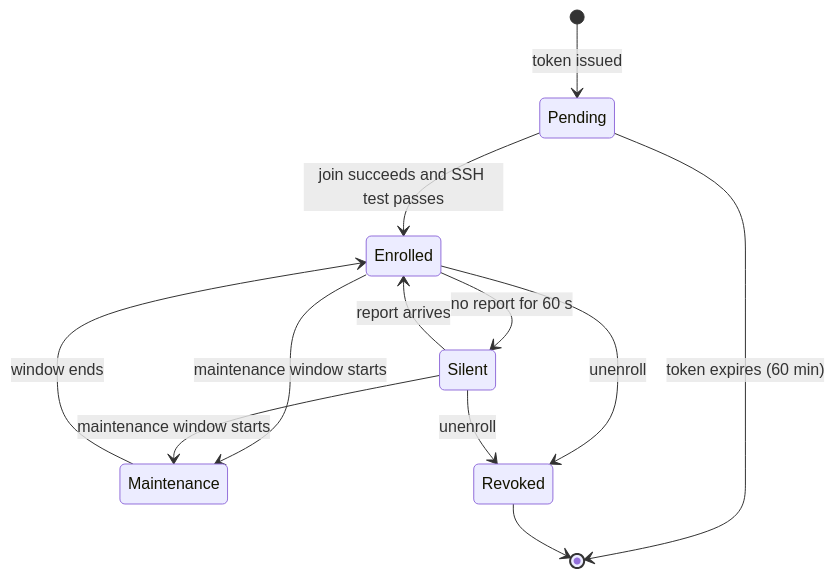
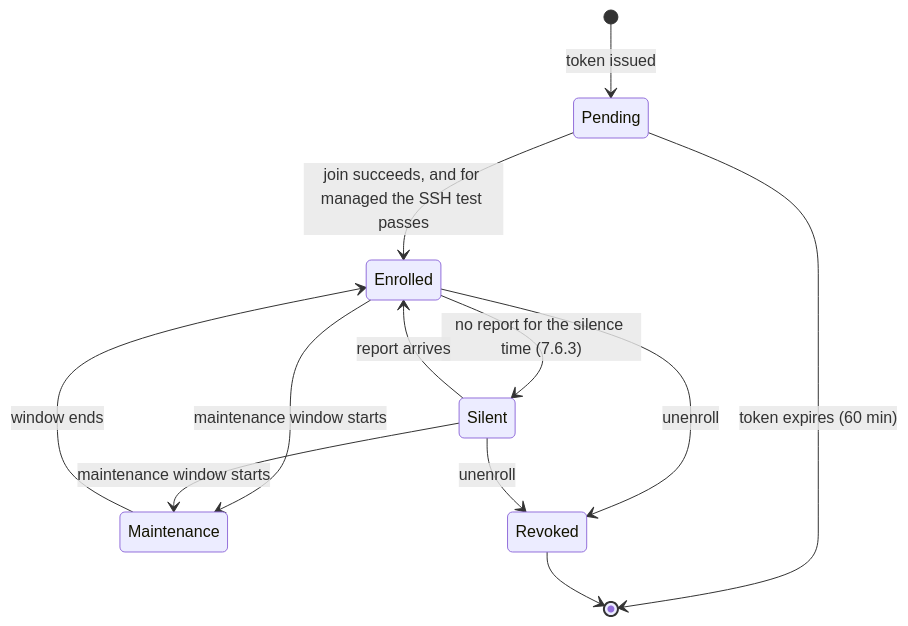
Before and after one commit to StrangeMatterStudio/Rackhand: the fourth of 7 diagrams in docs/designs/0001-architecture/design.md, drawn with Mermaid. The commit also changed other lines of this file, not shown here.

````diff
--- a/docs/designs/0001-architecture/design.md
+++ b/docs/designs/0001-architecture/design.md
@@ -889,14 +1083,14 @@
 ```mermaid
 stateDiagram-v2
   [*] --> Pending: token issued
-  Pending --> Enrolled: join succeeds and SSH test passes
+  Pending --> Enrolled: join succeeds, and for managed the SSH test passes
   Pending --> [*]: token expires (60 min)
-  Enrolled --> Silent: no report for 60 s
+  Enrolled --> Silent: no report for the silence time (7.6.3)
   Silent --> Enrolled: report arrives
   Enrolled --> Maintenance: maintenance window starts
   Silent --> Maintenance: maintenance window starts
   Maintenance --> Enrolled: window ends
   Enrolled --> Revoked: unenroll
   Silent --> Revoked: unenroll
   Revoked --> [*]
 ```
````
